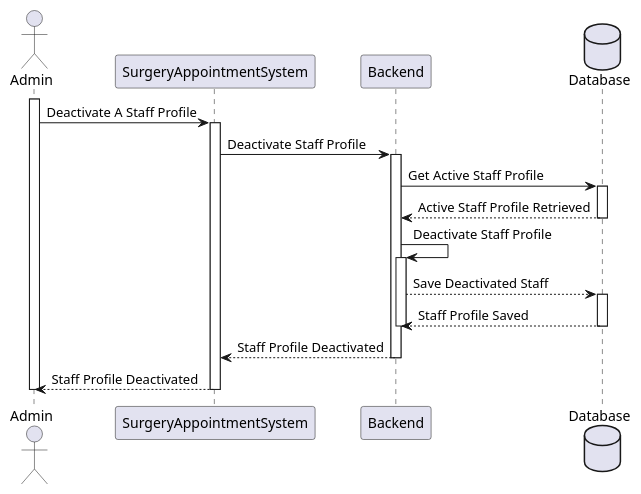
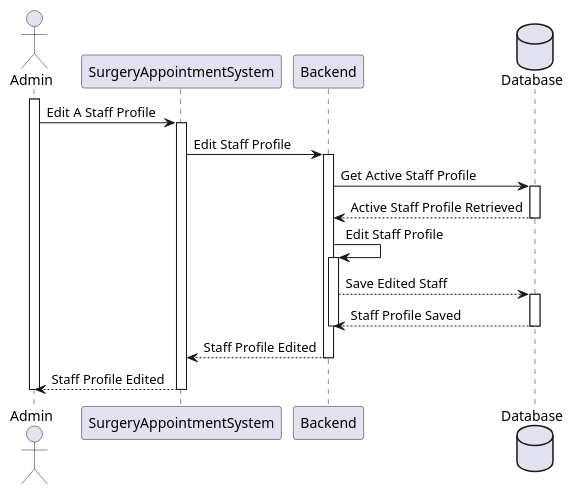
One commit to MateusCabral2004/sem5pi changed the diagram in docs/Sprint 1/US 5.1.14/SequenceDiagram/Level2/SequenceDiagram.puml. Above: the diagram before and after it, drawn with PlantUML. The commit also changed 4 other files, not shown here.

```diff
--- a/docs/Sprint 1/US 5.1.14/SequenceDiagram/Level2/SequenceDiagram.puml
+++ b/docs/Sprint 1/US 5.1.14/SequenceDiagram/Level2/SequenceDiagram.puml
@@ -1,39 +1,39 @@
 @startuml
 actor Admin
 participant SurgeryAppointmentSystem
 participant Backend
 database Database
 
 activate Admin
 
-Admin -> SurgeryAppointmentSystem : Deactivate A Staff Profile
+Admin -> SurgeryAppointmentSystem : Edit A Staff Profile
 activate SurgeryAppointmentSystem
 
-SurgeryAppointmentSystem -> Backend : Deactivate Staff Profile
+SurgeryAppointmentSystem -> Backend : Edit Staff Profile
 activate Backend
 
 Backend -> Database : Get Active Staff Profile
 activate Database
 
 Database --> Backend : Active Staff Profile Retrieved
 deactivate Database
 
-Backend -> Backend : Deactivate Staff Profile
+Backend -> Backend : Edit Staff Profile
 activate Backend
 
-Backend --> Database : Save Deactivated Staff
+Backend --> Database : Save Edited Staff
 activate Database
 
 Database --> Backend : Staff Profile Saved
 deactivate Database
 deactivate Backend
 
-Backend --> SurgeryAppointmentSystem : Staff Profile Deactivated
+Backend --> SurgeryAppointmentSystem : Staff Profile Edited
 deactivate Backend
 
-SurgeryAppointmentSystem --> Admin : Staff Profile Deactivated
+SurgeryAppointmentSystem --> Admin : Staff Profile Edited
 deactivate SurgeryAppointmentSystem
 
 deactivate Admin
 
 @enduml
```
